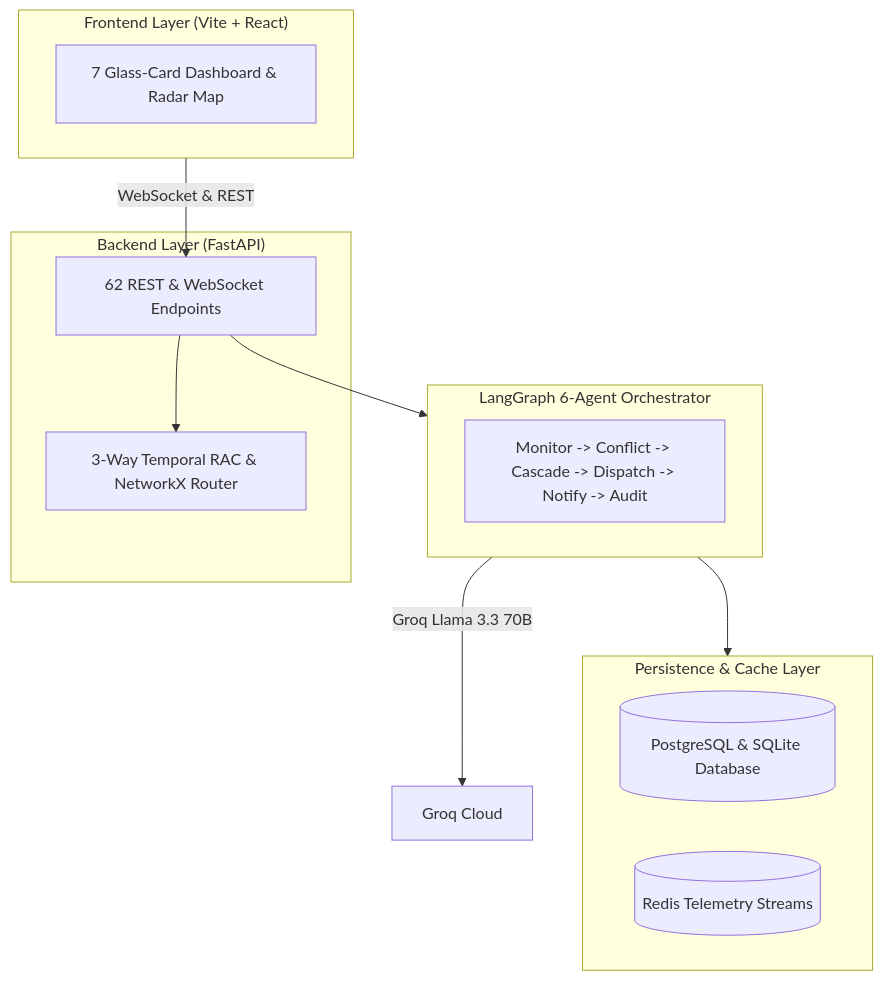
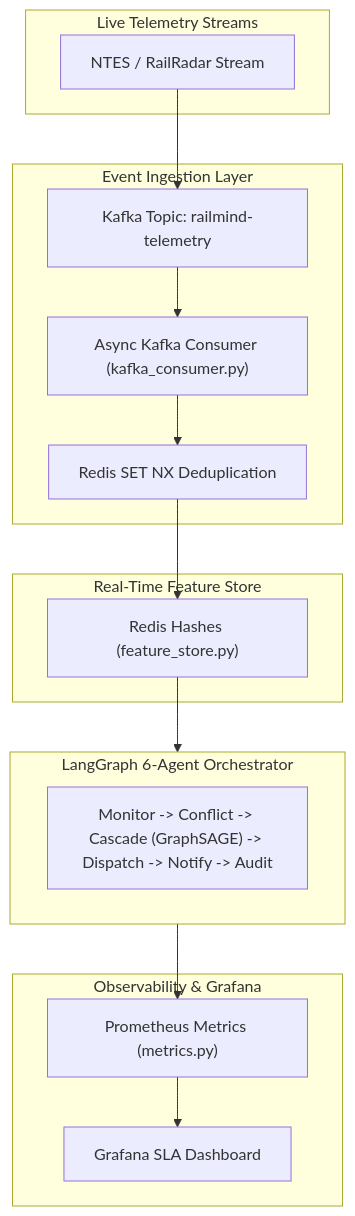
Before and after one commit to Gaurav711cgu/Rail_Mind: the diagram in README.md, drawn with Mermaid. The commit also changed other lines of this file and 11 other files, not shown here.

Commit message:
feat(week2): implement async Kafka consumer, Redis real-time feature store, Prometheus metrics, and Locust 500-VU load test

````diff
--- a/README.md
+++ b/README.md
@@ -74,26 +55,33 @@
 ```mermaid
 flowchart TD
-    subgraph UI["Frontend Layer (Vite + React)"]
-        FE["7 Glass-Card Dashboard & Radar Map"]
+    subgraph SOURCES["Live Telemetry Streams"]
+        NTES["NTES / RailRadar Stream"]
     end
 
-    subgraph API_LAYER["Backend Layer (FastAPI)"]
-        API["62 REST & WebSocket Endpoints"]
-        ML["3-Way Temporal RAC & NetworkX Router"]
+    subgraph INGESTION["Event Ingestion Layer"]
+        KAFKA["Kafka Topic: railmind-telemetry"]
+        CONSUMER["Async Kafka Consumer (kafka_consumer.py)"]
+        DEDUP["Redis SET NX Deduplication"]
+    end
+
+    subgraph FEATURE_STORE["Real-Time Feature Store"]
+        REDIS["Redis Hashes (feature_store.py)"]
     end
 
     subgraph AGENTS["LangGraph 6-Agent Orchestrator"]
-        ORCH["Monitor -> Conflict -> Cascade -> Dispatch -> Notify -> Audit"]
+        ORCH["Monitor -> Conflict -> Cascade (GraphSAGE) -> Dispatch -> Notify -> Audit"]
     end
 
-    subgraph DATA_LAYER["Persistence & Cache Layer"]
-        DB[(PostgreSQL & SQLite Database)]
-        CACHE[(Redis Telemetry Streams)]
+    subgraph METRICS["Observability & Grafana"]
+        PROM["Prometheus Metrics (metrics.py)"]
+        GRAF["Grafana SLA Dashboard"]
     end
 
-    UI -->|WebSocket & REST| API
-    API --> ML
-    API --> AGENTS
-    AGENTS -->|Groq Llama 3.3 70B| LLM["Groq Cloud"]
-    AGENTS --> DATA_LAYER
+    NTES --> KAFKA
+    KAFKA --> CONSUMER
+    CONSUMER --> DEDUP
+    DEDUP --> REDIS
+    REDIS --> AGENTS
+    AGENTS --> PROM
+    PROM --> GRAF
 ```
````
